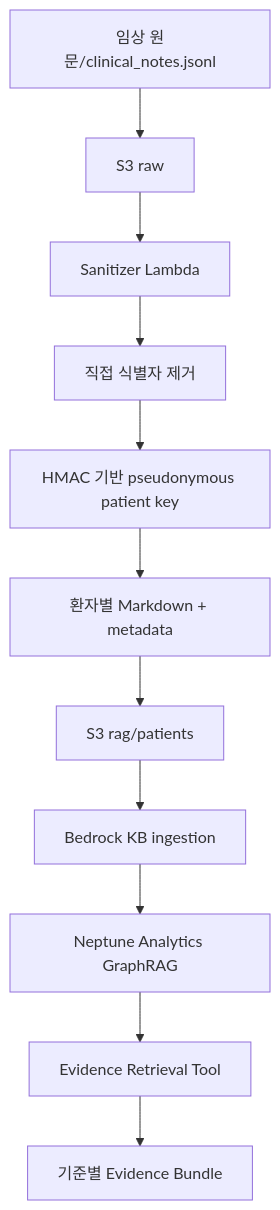
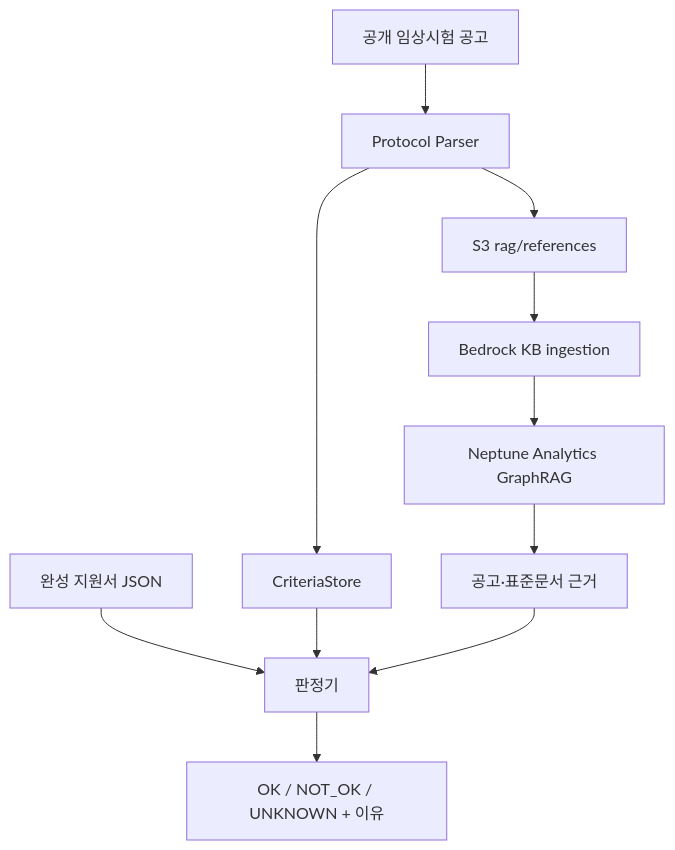
One commit to 1jaekim/AWS_Healthcare changed the fourth of 6 diagrams in README.md. Above: the diagram before and after it, drawn with Mermaid. The commit also changed other lines of this file and 80 other files, not shown here.

````diff
--- a/README.md
+++ b/README.md
@@ -192,13 +202,13 @@
 ```mermaid
 flowchart TD
-    A[임상 원문/clinical_notes.jsonl] --> B[S3 raw]
-    B --> C[Sanitizer Lambda]
-    C --> D[직접 식별자 제거]
-    D --> E[HMAC 기반 pseudonymous patient key]
-    E --> F[환자별 Markdown + metadata]
-    F --> G[S3 rag/patients]
-    G --> H[Bedrock KB ingestion]
-    H --> I[Neptune Analytics GraphRAG]
-    I --> J[Evidence Retrieval Tool]
-    J --> K[기준별 Evidence Bundle]
+    A[공개 임상시험 공고] --> B[Protocol Parser]
+    B --> C[CriteriaStore]
+    B --> D[S3 rag/references]
+    D --> E[Bedrock KB ingestion]
+    E --> F[Neptune Analytics GraphRAG]
+    G[완성 지원서 JSON] --> H[판정기]
+    C --> H
+    F --> I[공고·표준문서 근거]
+    I --> H
+    H --> J[OK / NOT_OK / UNKNOWN + 이유]
 ```
````
